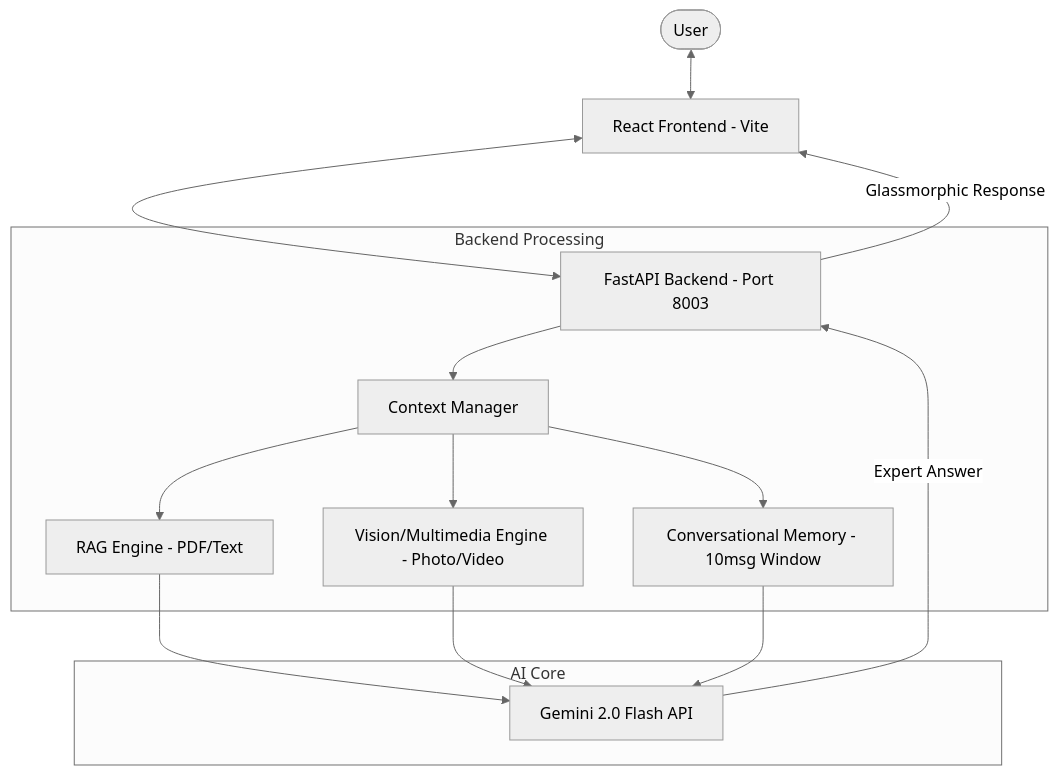
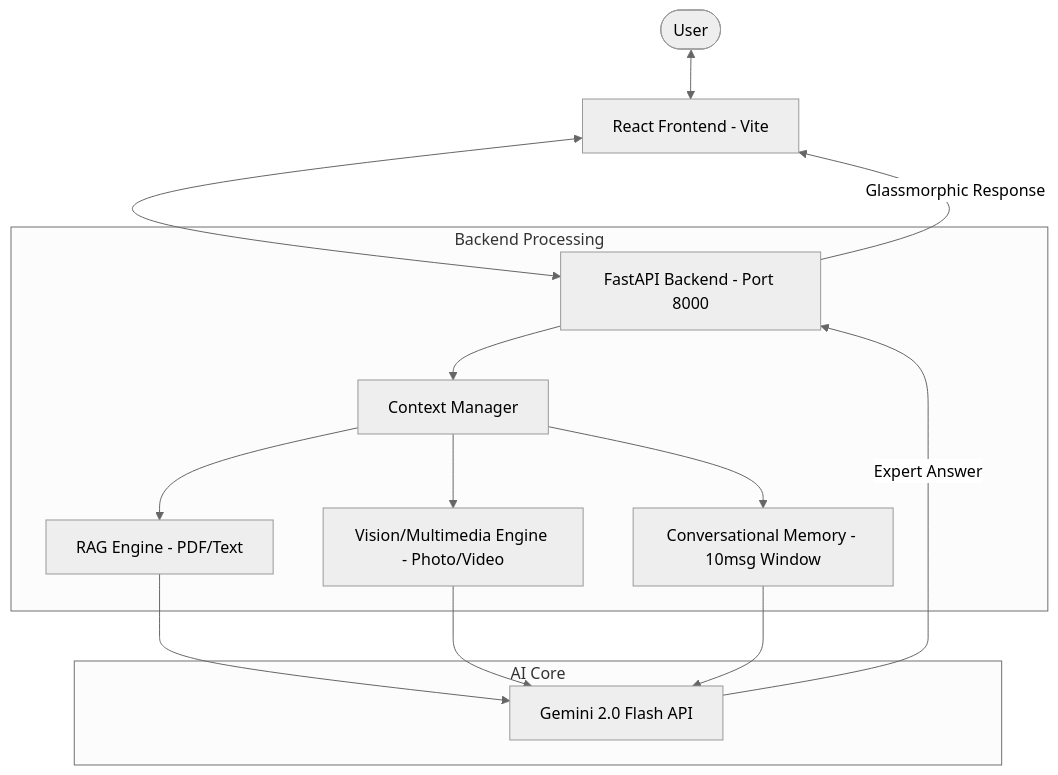
Before and after one commit to kamleshchandela/knowledge-twin: the diagram in README.md, drawn with Mermaid (neutral theme). The commit also changed other lines of this file and 19 other files, not shown here.

````diff
--- a/README.md
+++ b/README.md
@@ -11,21 +11,21 @@
 ```mermaid
 graph TD
     User([User]) <--> Frontend[React Frontend - Vite]
-    Frontend <--> Backend[FastAPI Backend - Port 8003]
+    Frontend <--> Backend[FastAPI Backend - Port 8000]
     
     subgraph "Backend Processing"
         Backend --> Context[Context Manager]
         Context --> RAG[RAG Engine - PDF/Text]
         Context --> Vision[Vision/Multimedia Engine - Photo/Video]
         Context --> Memory[Conversational Memory - 10msg Window]
     end
     
     subgraph "AI Core"
         RAG --> Gemini[Gemini 2.0 Flash API]
         Vision --> Gemini
         Memory --> Gemini
     end
     
     Gemini -->|Expert Answer| Backend
     Backend -->|Glassmorphic Response| Frontend
 ```
````
